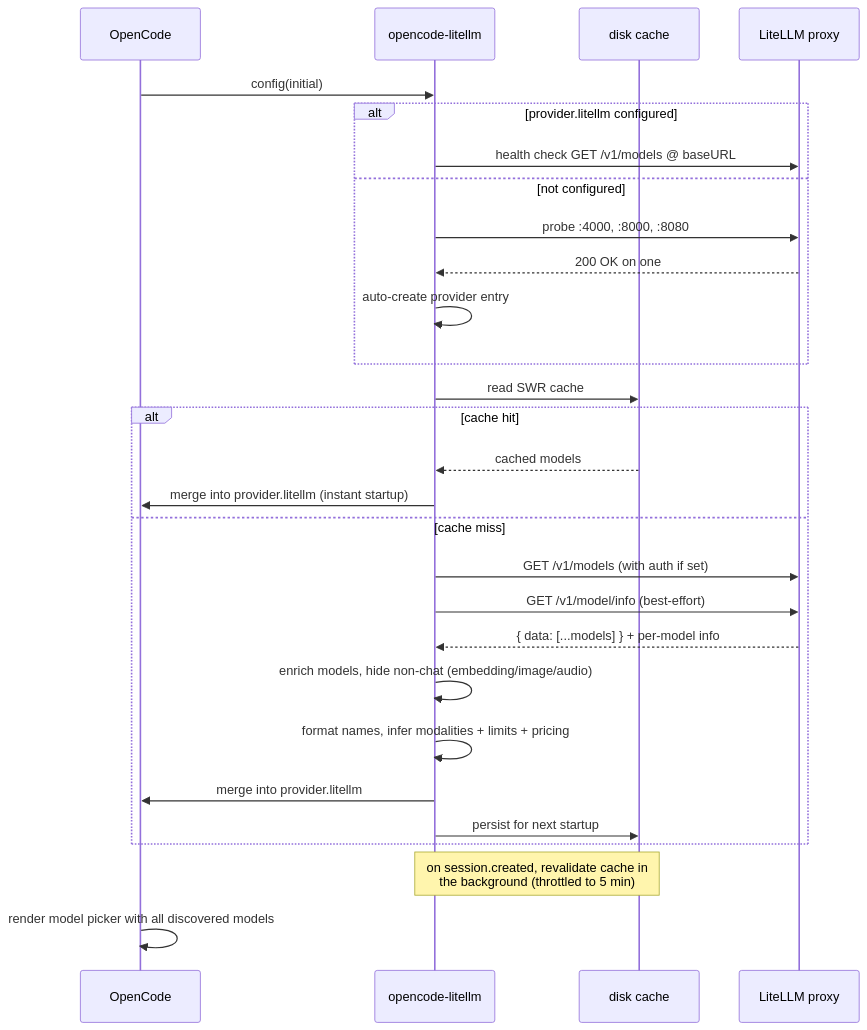
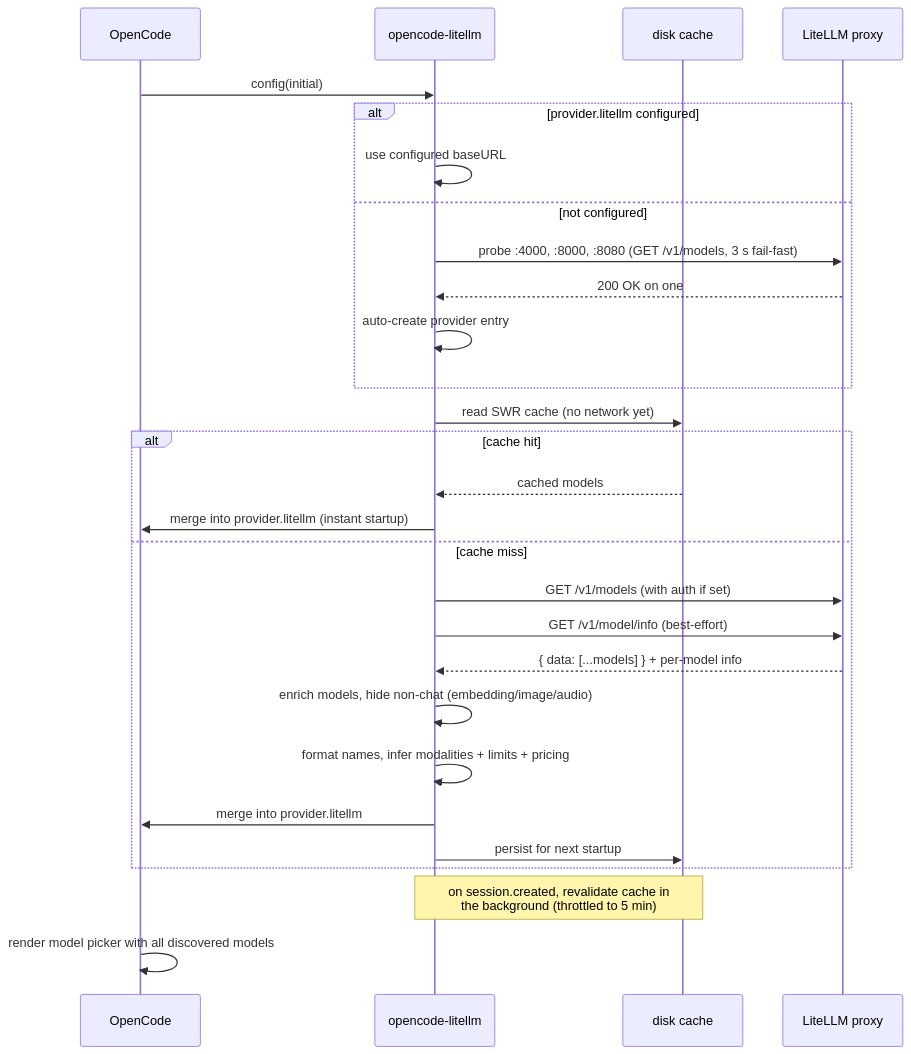
One commit to yuseferi/opencode-litellm changed the diagram in README.md. Above: the diagram before and after it, drawn with Mermaid. The commit also changed other lines of this file, not shown here.

Commit message:
docs: correct health-check placement in sequence diagram
With a configured baseURL the proxy is not contacted during startup
unless the cache is cold — the only 3 s fail-fast health check is the
port probe during auto-detection. Move the contact point below the
cache read so the diagram matches the SWR fast path.

````diff
--- a/README.md
+++ b/README.md
@@ -240,31 +240,31 @@
 ```mermaid
 sequenceDiagram
     participant OC as OpenCode
     participant Plugin as opencode-litellm
     participant Cache as disk cache
     participant LL as LiteLLM proxy
 
     OC->>Plugin: config(initial)
     alt provider.litellm configured
-        Plugin->>LL: health check GET /v1/models @ baseURL
+        Plugin->>Plugin: use configured baseURL
     else not configured
-        Plugin->>LL: probe :4000, :8000, :8080
+        Plugin->>LL: probe :4000, :8000, :8080 (GET /v1/models, 3 s fail-fast)
         LL-->>Plugin: 200 OK on one
         Plugin->>Plugin: auto-create provider entry
     end
-    Plugin->>Cache: read SWR cache
+    Plugin->>Cache: read SWR cache (no network yet)
     alt cache hit
         Cache-->>Plugin: cached models
         Plugin->>OC: merge into provider.litellm (instant startup)
     else cache miss
         Plugin->>LL: GET /v1/models (with auth if set)
         Plugin->>LL: GET /v1/model/info (best-effort)
         LL-->>Plugin: { data: [...models] } + per-model info
         Plugin->>Plugin: enrich models, hide non-chat (embedding/image/audio)
         Plugin->>Plugin: format names, infer modalities + limits + pricing
         Plugin->>OC: merge into provider.litellm
         Plugin->>Cache: persist for next startup
     end
     Note over Plugin,Cache: on session.created, revalidate cache in<br/>the background (throttled to 5 min)
     OC->>OC: render model picker with all discovered models
 ```
````
